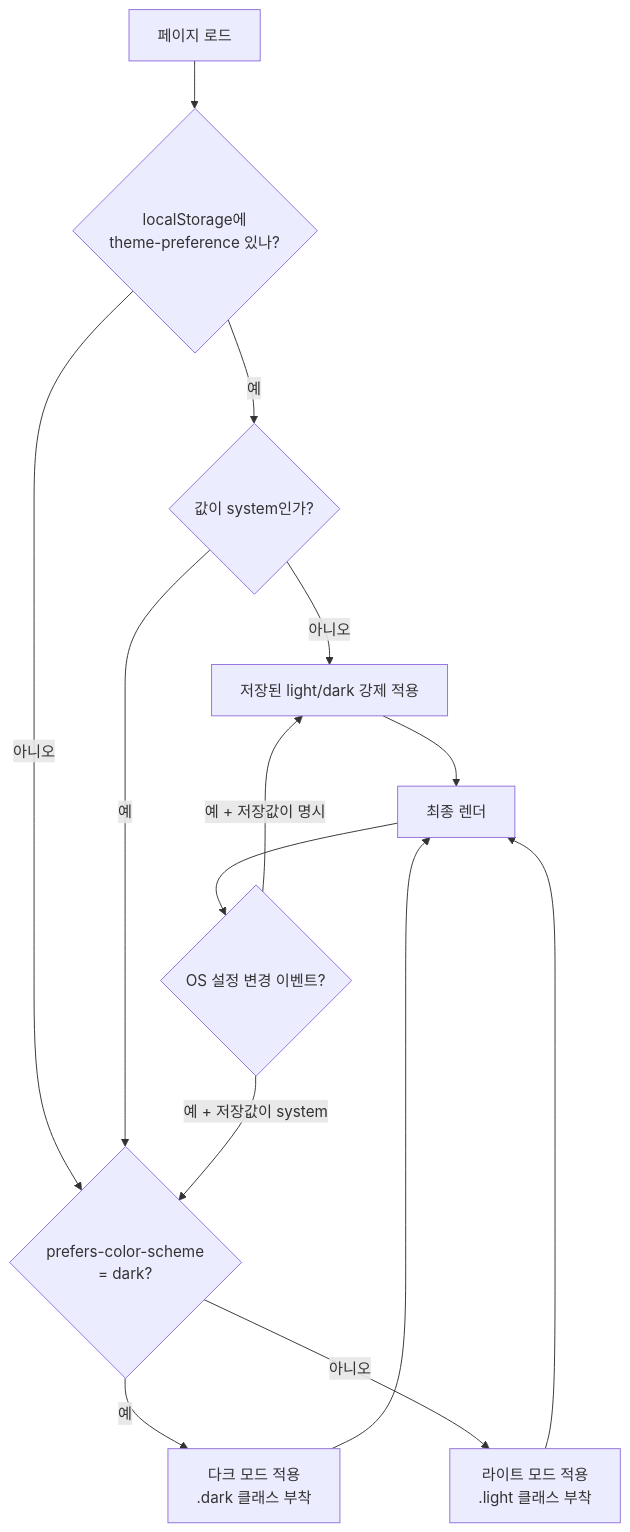
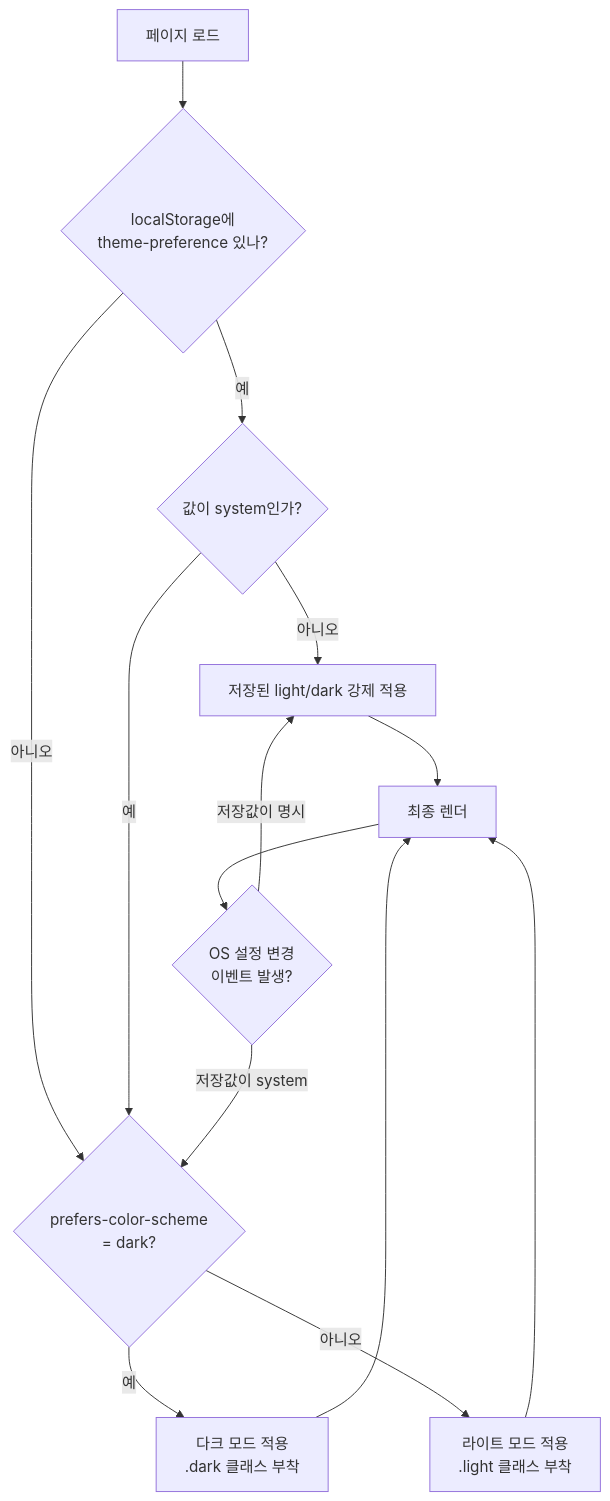
Diagram 12 of 14 in public/개발가이드/20_디자인_시스템_가이드.md (blue45f/heejun), drawn with Mermaid before and after one commit. The commit also changed 2 other files, not shown here.

Commit message:
docs: refine testing and diagram flows

````diff
--- a/public/개발가이드/20_디자인_시스템_가이드.md
+++ b/public/개발가이드/20_디자인_시스템_가이드.md
@@ -1426,16 +1426,16 @@
 ```mermaid
 flowchart TD
   Start["페이지 로드"] --> Q1{"localStorage에<br/>theme-preference 있나?"}
   Q1 -->|예| Q2{"값이 system인가?"}
-  Q1 -->|아니오| OS
+  Q1 -->|아니오| OS{"prefers-color-scheme<br/>= dark?"}
   Q2 -->|아니오| Apply1["저장된 light/dark 강제 적용"]
-  Q2 -->|예| OS{"prefers-color-scheme<br/>= dark?"}
+  Q2 -->|예| OS
   OS -->|예| ApplyDark["다크 모드 적용<br/>.dark 클래스 부착"]
   OS -->|아니오| ApplyLight["라이트 모드 적용<br/>.light 클래스 부착"]
   Apply1 --> Render["최종 렌더"]
   ApplyDark --> Render
   ApplyLight --> Render
-  Render --> Listen{"OS 설정 변경 이벤트?"}
-  Listen -->|예 + 저장값이 system| OS
-  Listen -->|예 + 저장값이 명시| Apply1
+  Render --> Listen{"OS 설정 변경<br/>이벤트 발생?"}
+  Listen -->|"저장값이 system"| OS
+  Listen -->|"저장값이 명시"| Apply1
 ```
````
